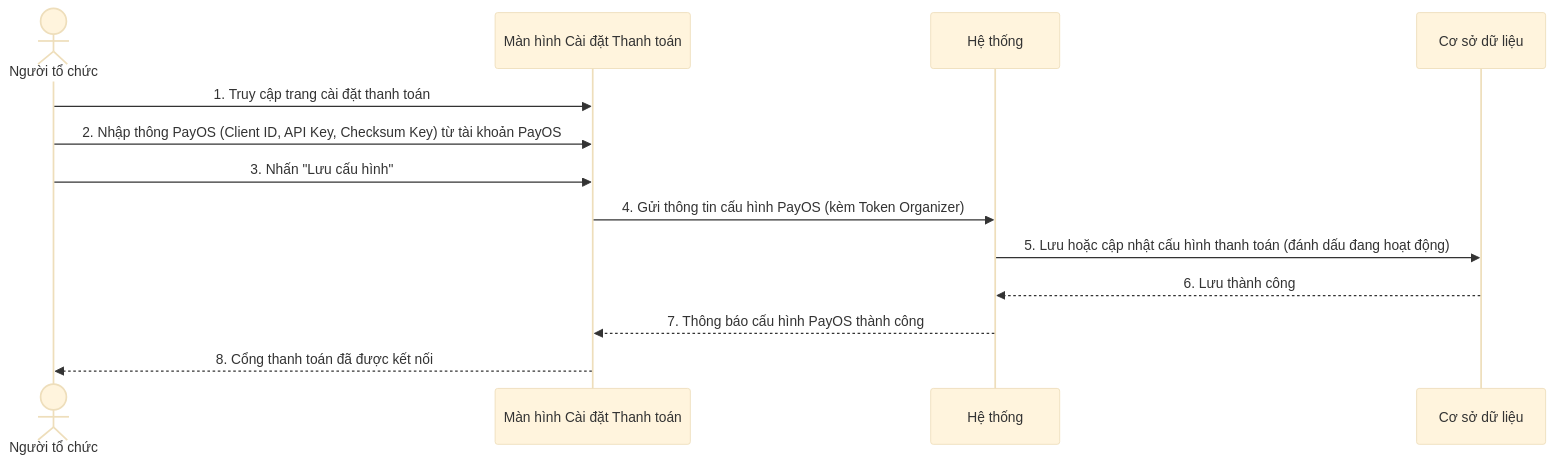
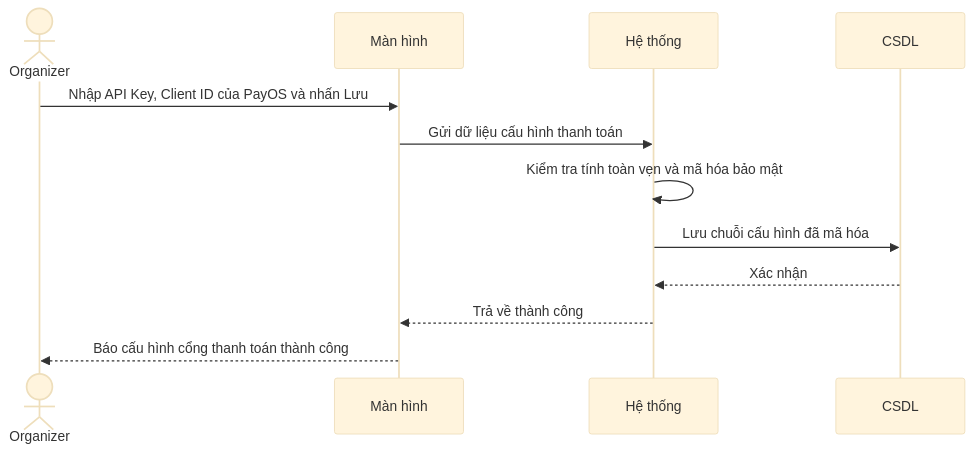
Before and after one commit to ChuDucAnh21/BE-quan-ly-su-kien: the first of 7 diagrams in doc/system_analysis/sequence diagram/05d_sequence_payment_ticket_checkin.md, drawn with Mermaid (base theme). The commit also changed other lines of this file and 14 other files, not shown here.

````diff
--- a/doc/system_analysis/sequence diagram/05d_sequence_payment_ticket_checkin.md
+++ b/doc/system_analysis/sequence diagram/05d_sequence_payment_ticket_checkin.md
@@ -7,16 +7,15 @@
 ```mermaid
 sequenceDiagram
-    actor Org as Người tổ chức
-    participant UI as Màn hình Cài đặt Thanh toán
-    participant HT as Hệ thống
-    participant DB as Cơ sở dữ liệu
+    actor Organizer
+    participant Màn hình
+    participant Hệ thống
+    participant CSDL
 
-    Org->>UI: 1. Truy cập trang cài đặt thanh toán
-    Org->>UI: 2. Nhập thông PayOS (Client ID, API Key, Checksum Key) từ tài khoản PayOS
-    Org->>UI: 3. Nhấn "Lưu cấu hình"
-    UI->>HT: 4. Gửi thông tin cấu hình PayOS (kèm Token Organizer)
-    HT->>DB: 5. Lưu hoặc cập nhật cấu hình thanh toán (đánh dấu đang hoạt động)
-    DB-->>HT: 6. Lưu thành công
-    HT-->>UI: 7. Thông báo cấu hình PayOS thành công
-    UI-->>Org: 8. Cổng thanh toán đã được kết nối
+    Organizer->>Màn hình: Nhập API Key, Client ID của PayOS và nhấn Lưu
+    Màn hình->>Hệ thống: Gửi dữ liệu cấu hình thanh toán
+    Hệ thống->>Hệ thống: Kiểm tra tính toàn vẹn và mã hóa bảo mật
+    Hệ thống->>CSDL: Lưu chuỗi cấu hình đã mã hóa
+    CSDL-->>Hệ thống: Xác nhận
+    Hệ thống-->>Màn hình: Trả về thành công
+    Màn hình-->>Organizer: Báo cấu hình cổng thanh toán thành công
 ```
````
